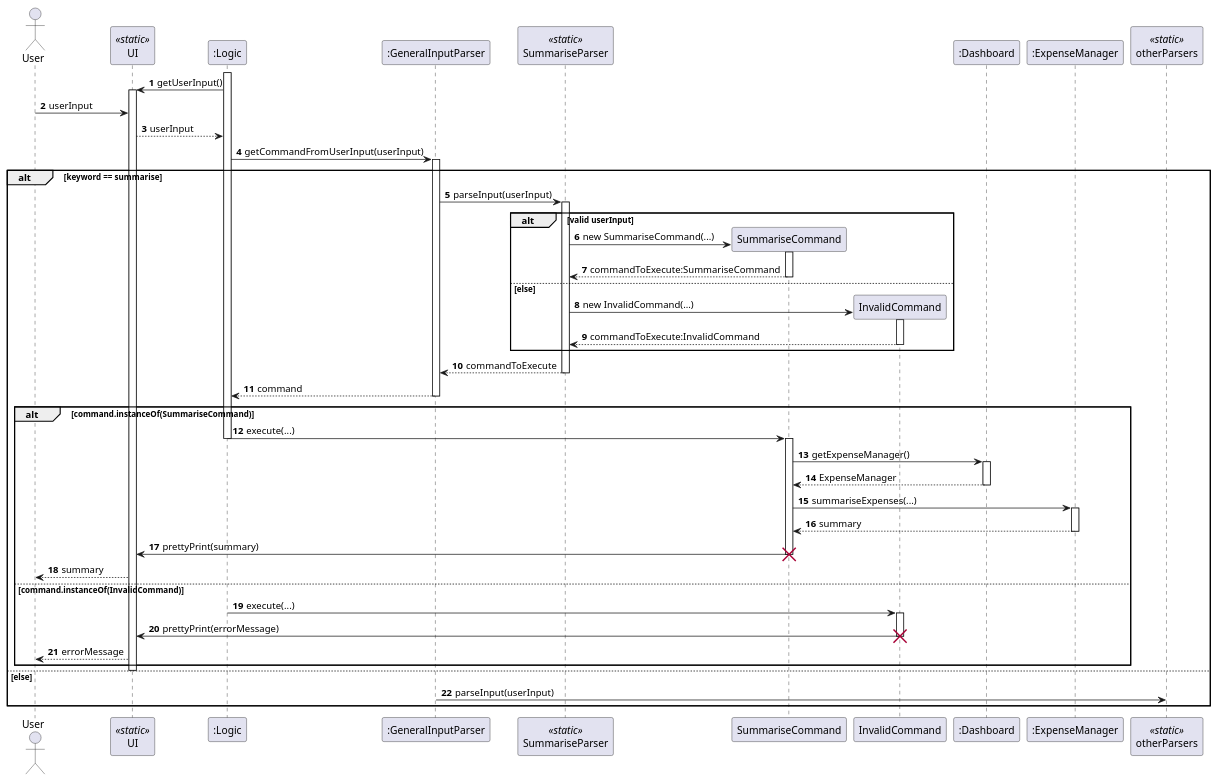
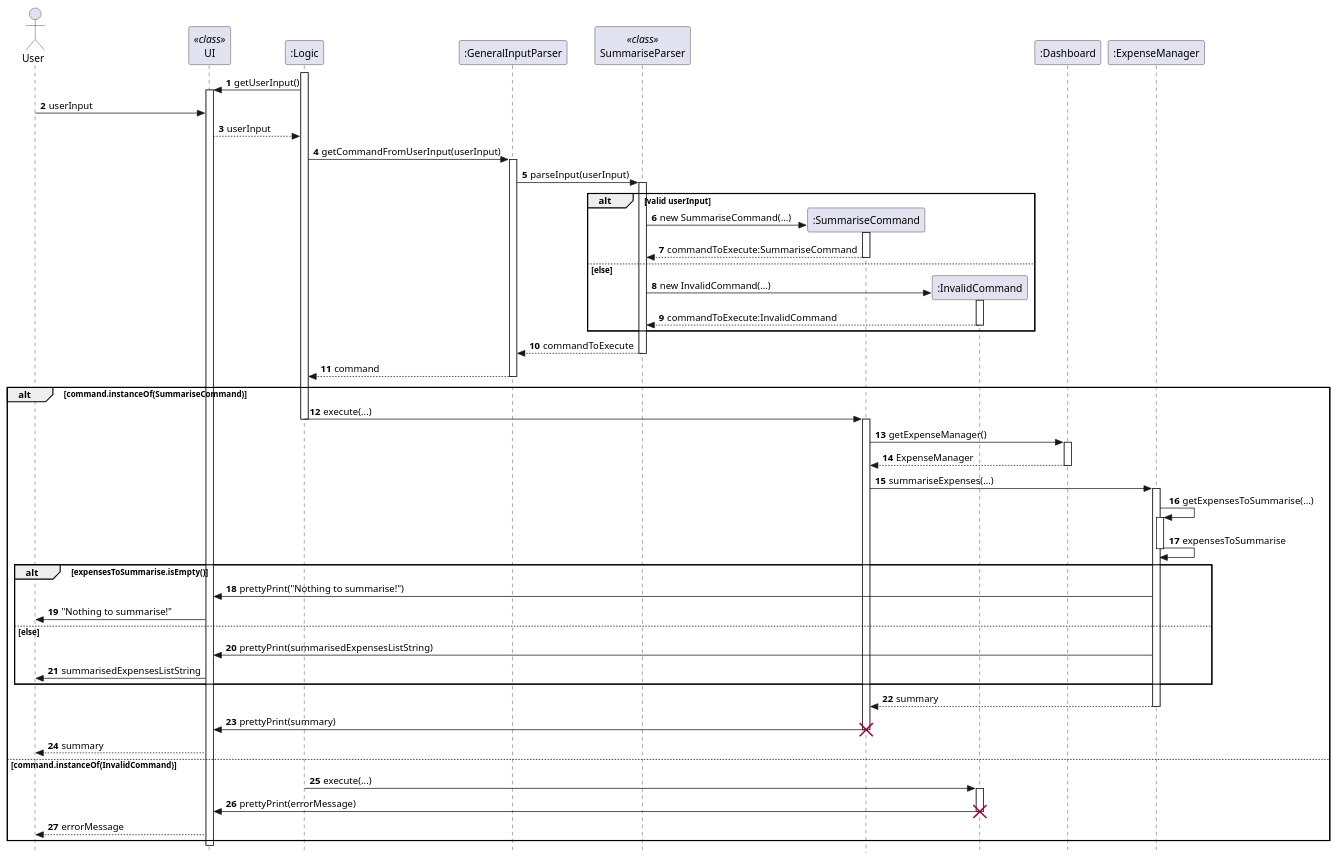
Before and after one commit to JianJiaT/tp: the diagram in docs/team/UML_Files/Summarise.puml, drawn with PlantUML.

Commit message:
Update sequence diagram for summarising expenses

```diff
--- a/docs/team/UML_Files/Summarise.puml
+++ b/docs/team/UML_Files/Summarise.puml
@@ -1,63 +1,71 @@
 @startuml
 'https://plantuml.com/sequence-diagram
 
+skinparam Style strictuml
 autonumber
 actor User
-participant UI << static >>
+participant UI << class >>
 participant ":Logic" as Logic
 activate Logic
 participant ":GeneralInputParser" as GeneralInputParser
-participant SummariseParser << static >>
+participant SummariseParser << class >>
 
-participant InvalidCommand order 29
+participant ":SummariseCommand" as SummariseCommand order 28
+participant ":InvalidCommand" as InvalidCommand order 29
 participant ":Dashboard" as Dashboard order 30
 participant ":ExpenseManager" as ExpenseManager order 31
-participant otherParsers <<static>> order 32
+
 Logic -> UI ++ : getUserInput()
 
 User -> UI : userInput
 UI --> Logic : userInput
 
 Logic -> GeneralInputParser ++ : getCommandFromUserInput(userInput)
-alt keyword == summarise
-    GeneralInputParser -> SummariseParser ++ : parseInput(userInput)
-    alt valid userInput
-        SummariseParser -> SummariseCommand ** : new SummariseCommand(...)
-        activate SummariseCommand
-        SummariseCommand --> SummariseParser --: commandToExecute:SummariseCommand
+GeneralInputParser -> SummariseParser ++ : parseInput(userInput)
+alt valid userInput
+    SummariseParser -> SummariseCommand ** : new SummariseCommand(...)
+    activate SummariseCommand
+    SummariseCommand --> SummariseParser --: commandToExecute:SummariseCommand
+else else
+    SummariseParser -> InvalidCommand ** : new InvalidCommand(...)
+    activate InvalidCommand
+    InvalidCommand --> SummariseParser -- : commandToExecute:InvalidCommand
+end
+
+SummariseParser --> GeneralInputParser -- : commandToExecute
+GeneralInputParser --> Logic -- : command
+
+alt command.instanceOf(SummariseCommand)
+    Logic -> SummariseCommand -- : execute(...)
+    activate SummariseCommand
+    SummariseCommand -> Dashboard ++ : getExpenseManager()
+    Dashboard --> SummariseCommand -- : ExpenseManager
+    SummariseCommand -> ExpenseManager ++ : summariseExpenses(...)
+    ExpenseManager -> ExpenseManager ++ : getExpensesToSummarise(...)
+    ExpenseManager -> ExpenseManager -- : expensesToSummarise
+    alt expensesToSummarise.isEmpty()
+        ExpenseManager -> UI : prettyPrint("Nothing to summarise!")
+        UI -> User : "Nothing to summarise!"
     else else
-        SummariseParser -> InvalidCommand ** : new InvalidCommand(...)
-        activate InvalidCommand
-        InvalidCommand --> SummariseParser -- : commandToExecute:InvalidCommand
+        ExpenseManager -> UI : prettyPrint(summarisedExpensesListString)
+        UI -> User : summarisedExpensesListString
     end
+    ExpenseManager --> SummariseCommand -- : summary
+    SummariseCommand -> UI -- : prettyPrint(summary)
+    destroy SummariseCommand
+    UI --> User : summary
+else command.instanceOf(InvalidCommand)
+    Logic -> InvalidCommand -- : execute(...)
+    activate InvalidCommand
+    InvalidCommand -> UI -- : prettyPrint(errorMessage)
+    destroy InvalidCommand
+    UI --> User : errorMessage
+end
+deactivate UI
 
-    SummariseParser --> GeneralInputParser -- : commandToExecute
-    GeneralInputParser --> Logic -- : command
-
-    alt command.instanceOf(SummariseCommand)
-        Logic -> SummariseCommand -- : execute(...)
-        activate SummariseCommand
-        SummariseCommand -> Dashboard ++ : getExpenseManager()
-        Dashboard --> SummariseCommand -- : ExpenseManager
-        SummariseCommand -> ExpenseManager ++ : summariseExpenses(...)
-        ExpenseManager --> SummariseCommand -- : summary
-        SummariseCommand -> UI -- : prettyPrint(summary)
-        destroy SummariseCommand
-        UI --> User : summary
-    else command.instanceOf(InvalidCommand)
-        Logic -> InvalidCommand -- : execute(...)
-        activate InvalidCommand
-        InvalidCommand -> UI -- : prettyPrint(errorMessage)
-        destroy InvalidCommand
-        UI --> User : errorMessage
-    end
-    deactivate UI
-else else
-    GeneralInputParser -> otherParsers : parseInput(userInput)
-end
 
 
 
 
 
 @enduml
```
